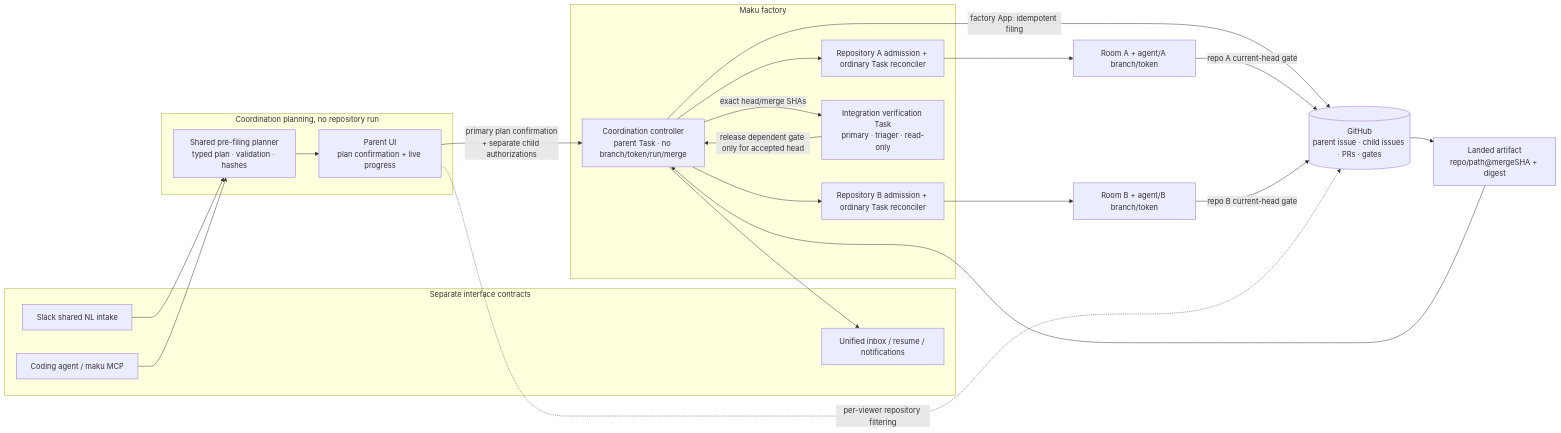
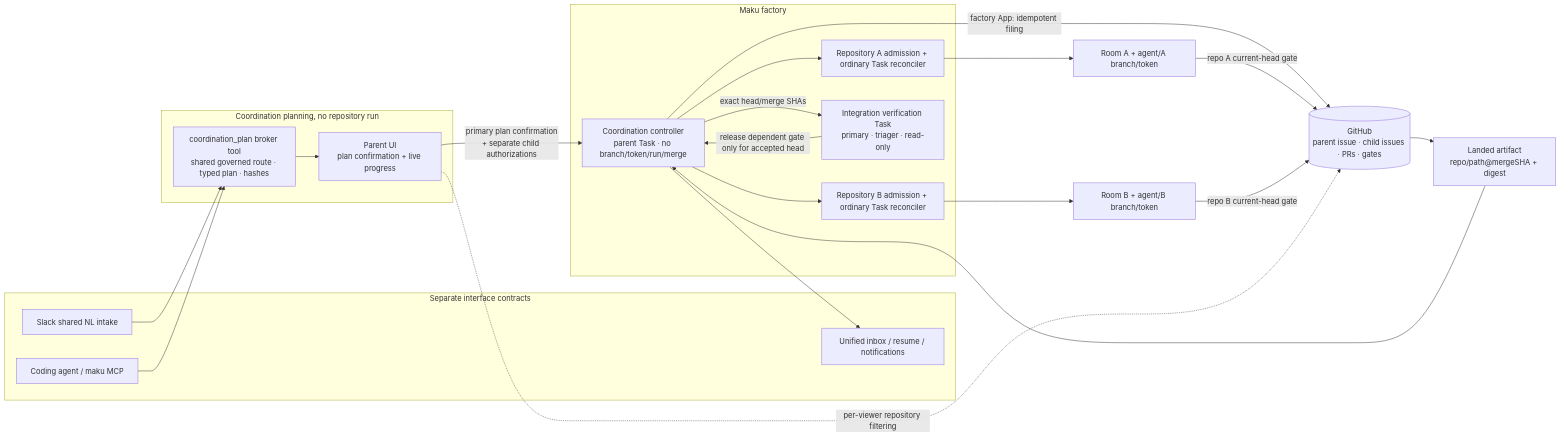
One commit to Smana/ai-native-ref changed the first of 3 diagrams in docs/superpowers/specs/2026-11-05-v4-multi-repo-coordination-design.md. Above: the diagram before and after it, drawn with Mermaid. The commit also changed other lines of this file, not shown here.

Commit message:
docs(spec): address coordination review

````diff
--- a/docs/superpowers/specs/2026-11-05-v4-multi-repo-coordination-design.md
+++ b/docs/superpowers/specs/2026-11-05-v4-multi-repo-coordination-design.md
@@ -99,37 +100,37 @@
 ```mermaid
 flowchart LR
   subgraph surfaces["Separate interface contracts"]
     SL["Slack shared NL intake"]
     CA["Coding agent / maku MCP"]
     IN["Unified inbox / resume / notifications"]
   end
   subgraph planning["Coordination planning, no repository run"]
-    PL["Shared pre-filing planner<br/>typed plan · validation · hashes"]
+    PL["coordination_plan broker tool<br/>shared governed route · typed plan · hashes"]
     CF["Parent UI<br/>plan confirmation + live progress"]
   end
   subgraph factory["Maku factory"]
     CO["Coordination controller<br/>parent Task · no branch/token/run/merge"]
     GA["Repository A admission + ordinary Task reconciler"]
     GB["Repository B admission + ordinary Task reconciler"]
     IV["Integration verification Task<br/>primary · triager · read-only"]
   end
   GH[("GitHub<br/>parent issue · child issues · PRs · gates")]
   RA["Room A + agent/A branch/token"]
   RB["Room B + agent/B branch/token"]
   ART["Landed artifact<br/>repo/path@mergeSHA + digest"]
 
   SL --> PL
   CA --> PL
   PL --> CF
   CF -->|"primary plan confirmation<br/>+ separate child authorizations"| CO
   CO -->|"factory App: idempotent filing"| GH
   CO --> GA --> RA
   CO --> GB --> RB
   RA -->|"repo A current-head gate"| GH
   RB -->|"repo B current-head gate"| GH
   GH --> ART --> CO
   CO -->|"exact head/merge SHAs"| IV
   IV -->|"release dependent gate only for accepted head"| CO
   CO --> IN
   CF -. "per-viewer repository filtering" .-> GH
 ```
````
